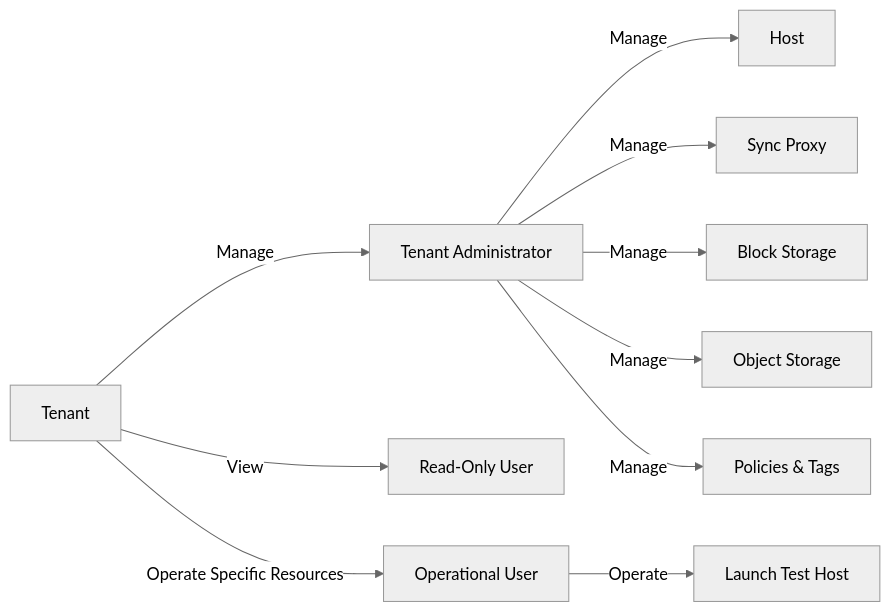
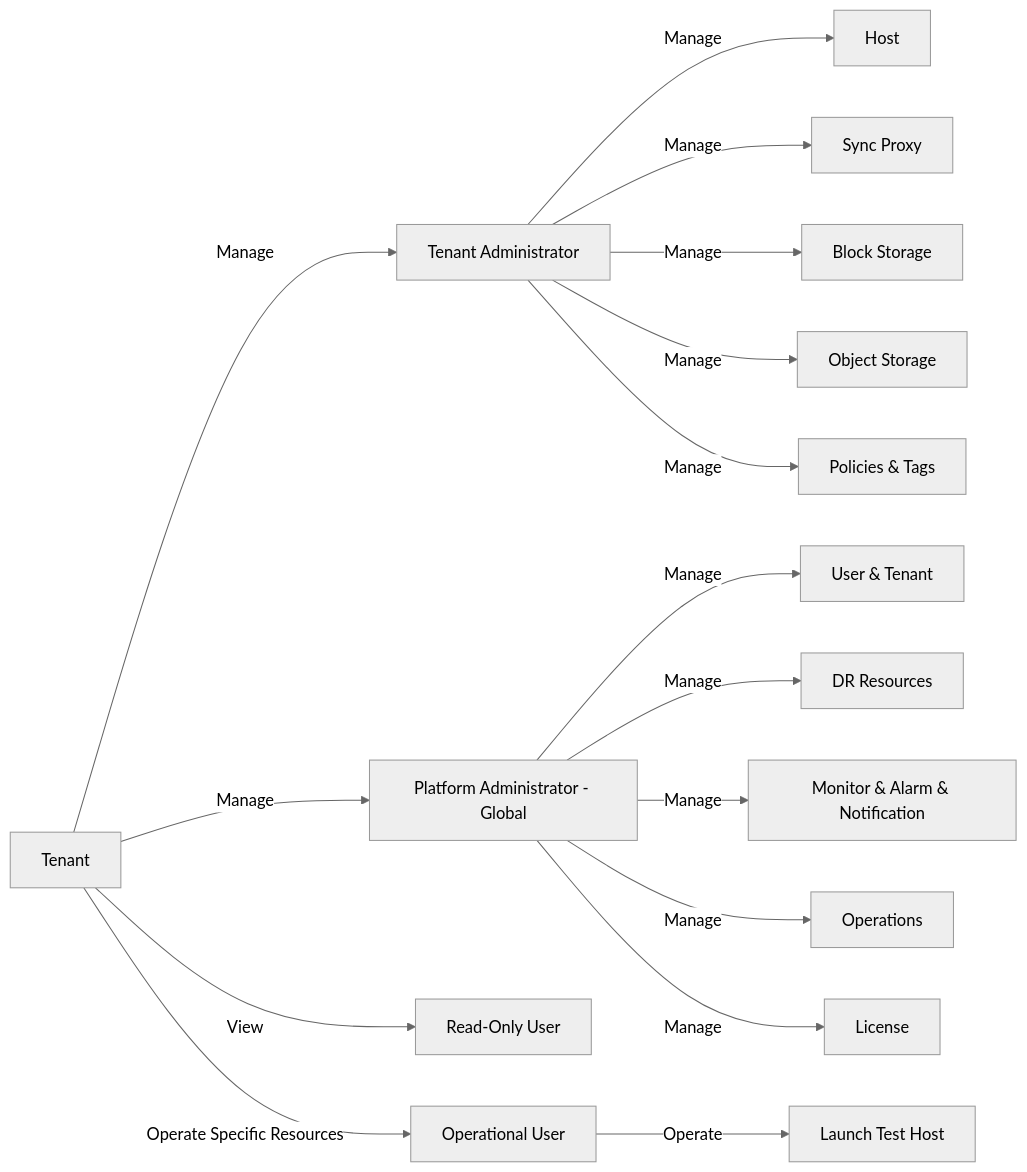
One commit to HyperBDR/docs changed the diagram in src/product-overview/product-training/multi-tenant-design.md. Above: the diagram before and after it, drawn with Mermaid (neutral theme). The commit also changed other lines of this file, not shown here.

Commit message:
Upgrade Multi-Tenant Diagram to add platform administrator Roles

````diff
--- a/src/product-overview/product-training/multi-tenant-design.md
+++ b/src/product-overview/product-training/multi-tenant-design.md
@@ -35,14 +35,21 @@
 ```mermaid
 graph LR;
     A[Tenant] -->|Manage| B[Tenant Administrator]
+    A -->|Manage| K[Platform Administrator - Global]
     A -->|View| C[Read-Only User]
     A -->|Operate Specific Resources| D[Operational User]
+
+    K --> |Manage| L[User & Tenant]
+    K --> |Manage| M[DR Resources]
+    K --> |Manage| N[Monitor & Alarm & Notification]
+    K --> |Manage| O[Operations]
+    K --> |Manage| P[License]
 
     B -->|Manage| E[Host]
     B -->|Manage| F[Sync Proxy]
     B -->|Manage| G[Block Storage]
     B -->|Manage| H[Object Storage]
     B -->|Manage| I[Policies & Tags]
 
     D -->|Operate| J[Launch Test Host]
 ```
````
